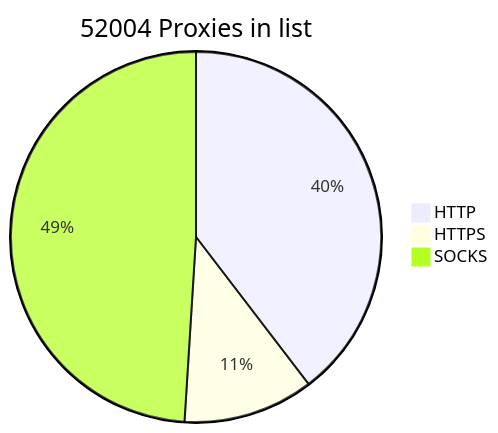
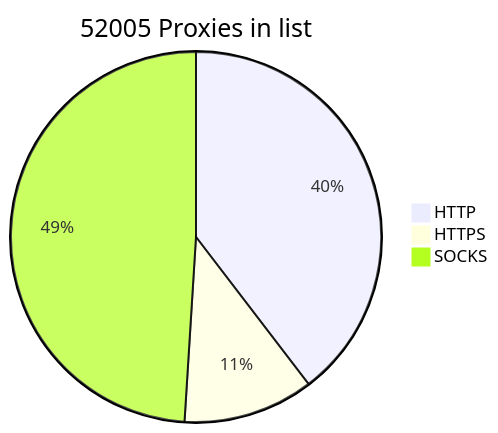
Before and after one commit to BlackSnowDot/proxylist-update-every-minute: the diagram in README.md, drawn with Mermaid.

````diff
--- a/README.md
+++ b/README.md
@@ -2,6 +2,6 @@
 ```mermaid
-pie title 52004 Proxies in list
+pie title 52005 Proxies in list
     "HTTP" : 22917
     "HTTPS": 6590
-    "SOCKS" : 28362
+    "SOCKS" : 28363
 ```
````
